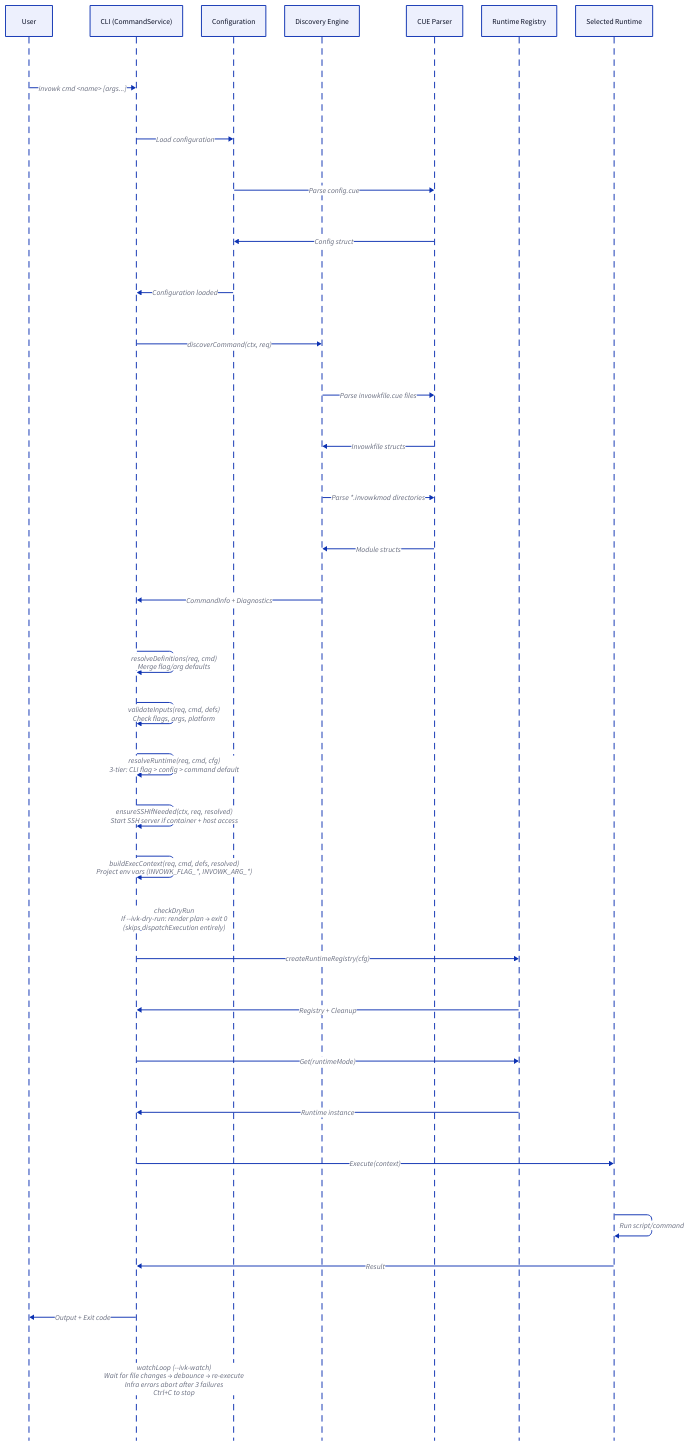
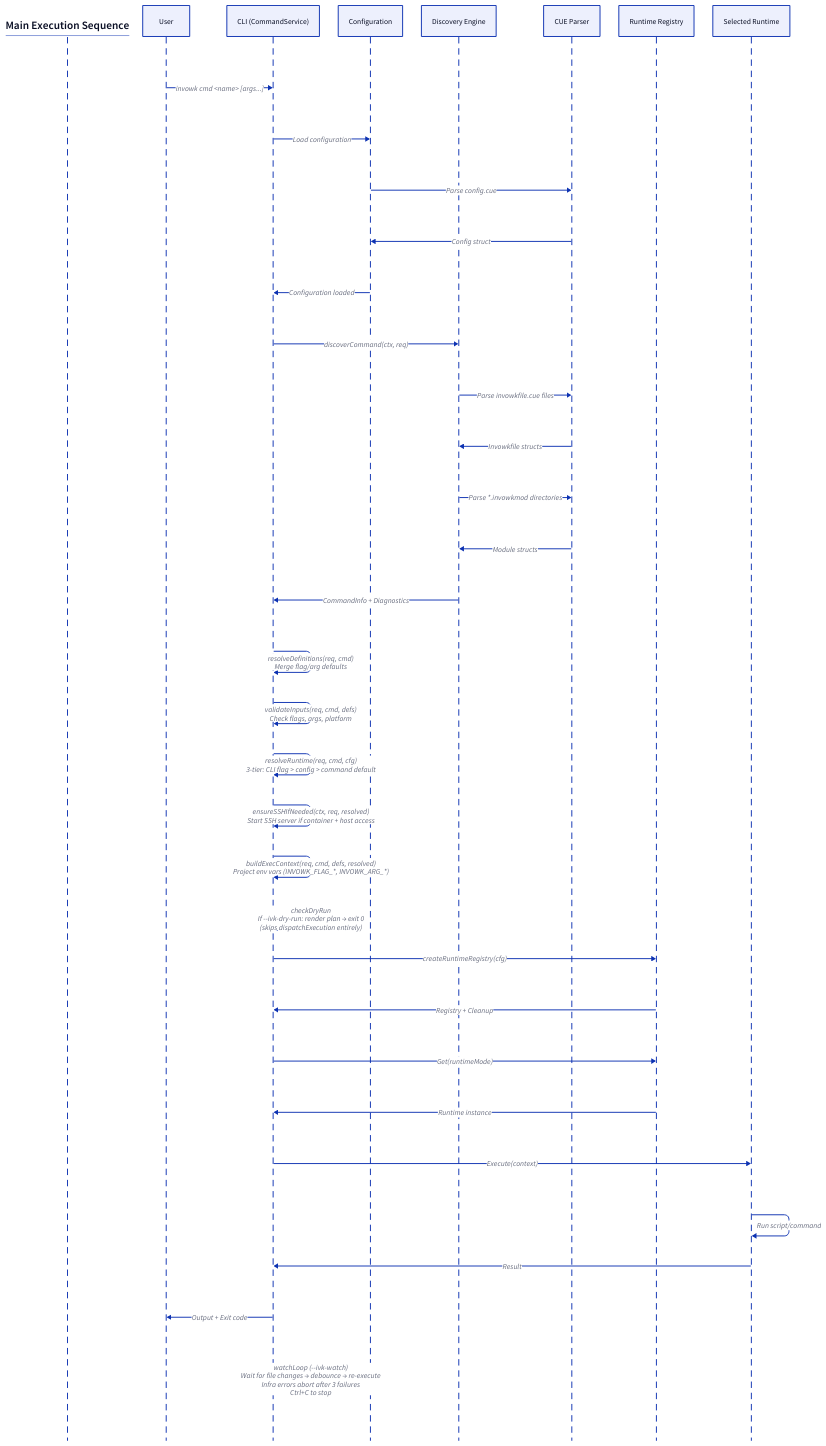
One commit to invowk/invowk changed the diagram in docs/diagrams/sequences/execution-main.d2. Above: the diagram before and after it, drawn with D2. The commit also changed 37 other files, not shown here. The source asks for the TALA layout; these drawings use dagre instead.

Commit message:
docs(diagrams): add readability guardrails and refresh d2 guidance (#63)

```diff
--- a/docs/diagrams/sequences/execution-main.d2
+++ b/docs/diagrams/sequences/execution-main.d2
@@ -1,71 +1,75 @@
 # Main Execution Sequence Diagram
 #
 # Shows the high-level flow of command execution from user request
 # through the 7-step commandService.Execute pipeline.
 #
 # Source: cmd/invowk/cmd_execute.go (commandService pipeline)
 
 vars: {
   d2-config: {
     layout-engine: tala
   }
 }
+
+title: |md
+  ## Main Execution Sequence
+|
 
 shape: sequence_diagram
 
 # Participants
 User
 CLI: CLI (CommandService)
 Config: Configuration
 Disc: Discovery Engine
 CUE: CUE Parser
 Registry: Runtime Registry
 Runtime: Selected Runtime
 
 # Entry point
 User -> CLI: "invowk cmd <name> [args...]"
 
 # Step 1: discoverCommand
 CLI -> Config: Load configuration
 Config -> CUE: Parse config.cue
 CUE -> Config: Config struct
 Config -> CLI: Configuration loaded
 CLI -> Disc: "discoverCommand(ctx, req)"
 Disc -> CUE: Parse invowkfile.cue files
 CUE -> Disc: Invowkfile structs
 Disc -> CUE: Parse *.invowkmod directories
 CUE -> Disc: Module structs
 Disc -> CLI: "CommandInfo + Diagnostics"
 
 # Step 2: resolveDefinitions
 CLI -> CLI: "resolveDefinitions(req, cmd)\nMerge flag/arg defaults"
 
 # Step 3: validateInputs
 CLI -> CLI: "validateInputs(req, cmd, defs)\nCheck flags, args, platform"
 
 # Step 4: resolveRuntime
 CLI -> CLI: "resolveRuntime(req, cmd, cfg)\n3-tier: CLI flag > config > command default"
 
 # Step 5: ensureSSHIfNeeded
 CLI -> CLI: "ensureSSHIfNeeded(ctx, req, resolved)\nStart SSH server if container + host access"
 
 # Step 6: buildExecContext
 CLI -> CLI: "buildExecContext(req, cmd, defs, resolved)\nProject env vars (INVOWK_FLAG_*, INVOWK_ARG_*)"
 
 # Dry-run intercept (between buildExecContext and dispatchExecution)
 CLI -> CLI: "checkDryRun\nIf --ivk-dry-run: render plan → exit 0\n(skips dispatchExecution entirely)"
 
 # Step 7: dispatchExecution
 CLI -> Registry: "createRuntimeRegistry(cfg)"
 Registry -> CLI: "Registry + Cleanup"
 CLI -> Registry: "Get(runtimeMode)"
 Registry -> CLI: Runtime instance
 CLI -> Runtime: Execute(context)
 Runtime -> Runtime: Run script/command
 Runtime -> CLI: Result
 
 # Return result
 CLI -> User: Output + Exit code
 
 # Watch mode (when --ivk-watch, wraps entire pipeline)
 CLI -> CLI: "watchLoop (--ivk-watch)\nWait for file changes → debounce → re-execute\nInfra errors abort after 3 failures\nCtrl+C to stop"
```
